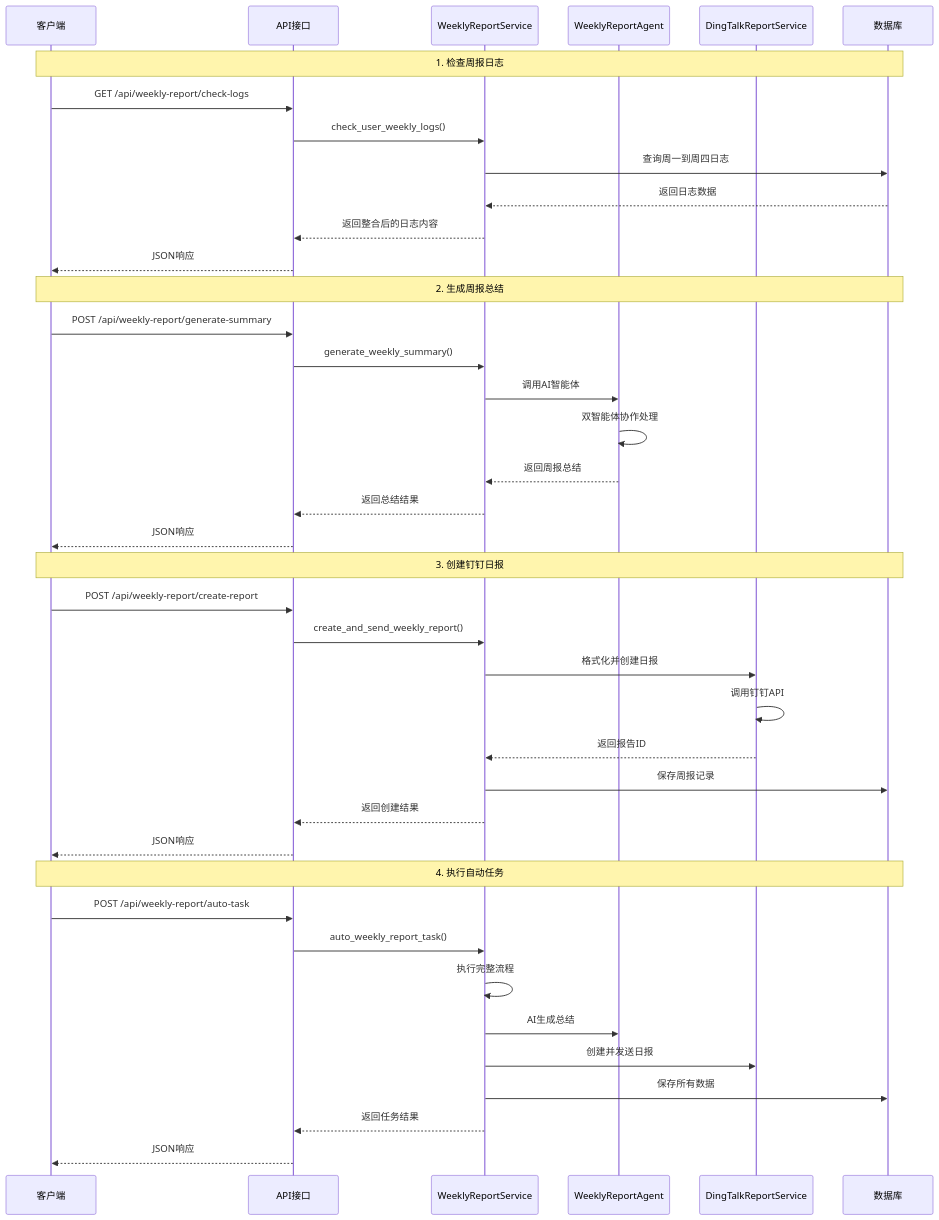
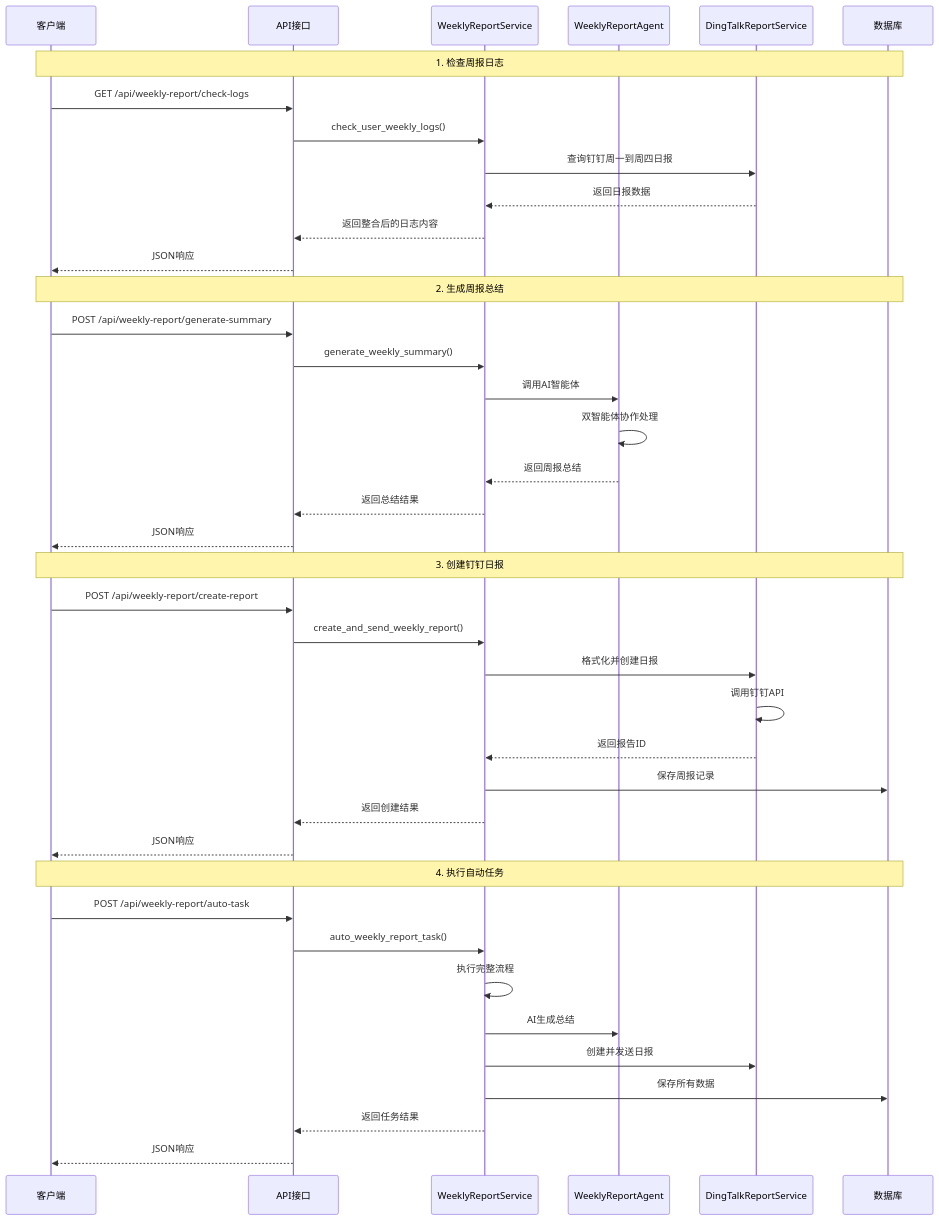
Before and after one commit to DellDi/dingtalk-ai-robot: the third of 4 diagrams in docs/weekly_report_flow.md, drawn with Mermaid. The commit also changed other lines of this file and 6 other files, not shown here.

````diff
--- a/docs/weekly_report_flow.md
+++ b/docs/weekly_report_flow.md
@@ -147,50 +148,50 @@
 ```mermaid
 sequenceDiagram
     participant Client as 客户端
     participant API as API接口
     participant Service as WeeklyReportService
     participant Agent as WeeklyReportAgent
     participant DingTalk as DingTalkReportService
     participant DB as 数据库
-    
+
     %% 1. 检查日志接口
     Note over Client,DB: 1. 检查周报日志
     Client->>API: GET /api/weekly-report/check-logs
     API->>Service: check_user_weekly_logs()
-    Service->>DB: 查询周一到周四日志
-    DB-->>Service: 返回日志数据
+    Service->>DingTalk: 查询钉钉周一到周四日报
+    DingTalk-->>Service: 返回日报数据
     Service-->>API: 返回整合后的日志内容
     API-->>Client: JSON响应
-    
+
     %% 2. 生成总结接口
     Note over Client,DB: 2. 生成周报总结
     Client->>API: POST /api/weekly-report/generate-summary
     API->>Service: generate_weekly_summary()
     Service->>Agent: 调用AI智能体
     Agent->>Agent: 双智能体协作处理
     Agent-->>Service: 返回周报总结
     Service-->>API: 返回总结结果
     API-->>Client: JSON响应
-    
+
     %% 3. 创建报告接口
     Note over Client,DB: 3. 创建钉钉日报
     Client->>API: POST /api/weekly-report/create-report
     API->>Service: create_and_send_weekly_report()
     Service->>DingTalk: 格式化并创建日报
     DingTalk->>DingTalk: 调用钉钉API
     DingTalk-->>Service: 返回报告ID
     Service->>DB: 保存周报记录
     Service-->>API: 返回创建结果
     API-->>Client: JSON响应
-    
+
     %% 4. 自动任务接口
     Note over Client,DB: 4. 执行自动任务
     Client->>API: POST /api/weekly-report/auto-task
     API->>Service: auto_weekly_report_task()
     Service->>Service: 执行完整流程
     Service->>Agent: AI生成总结
     Service->>DingTalk: 创建并发送日报
     Service->>DB: 保存所有数据
     Service-->>API: 返回任务结果
     API-->>Client: JSON响应
 ```
````
